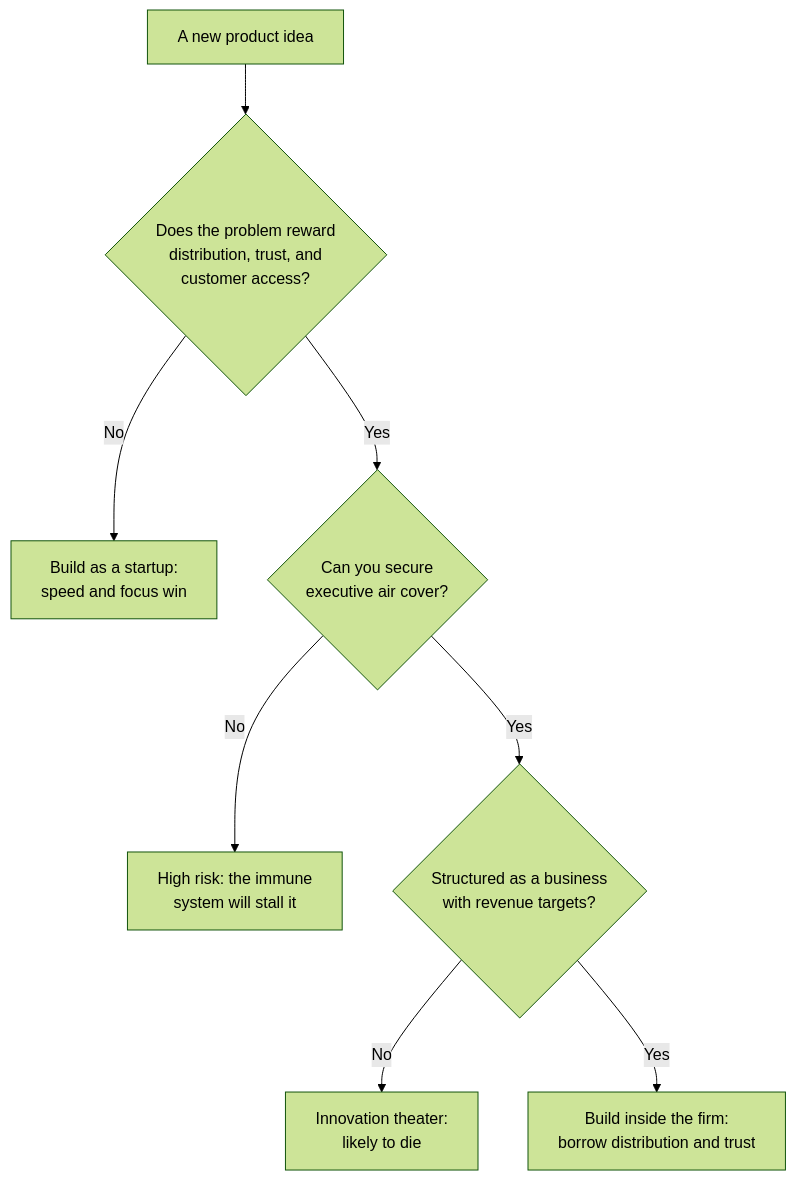
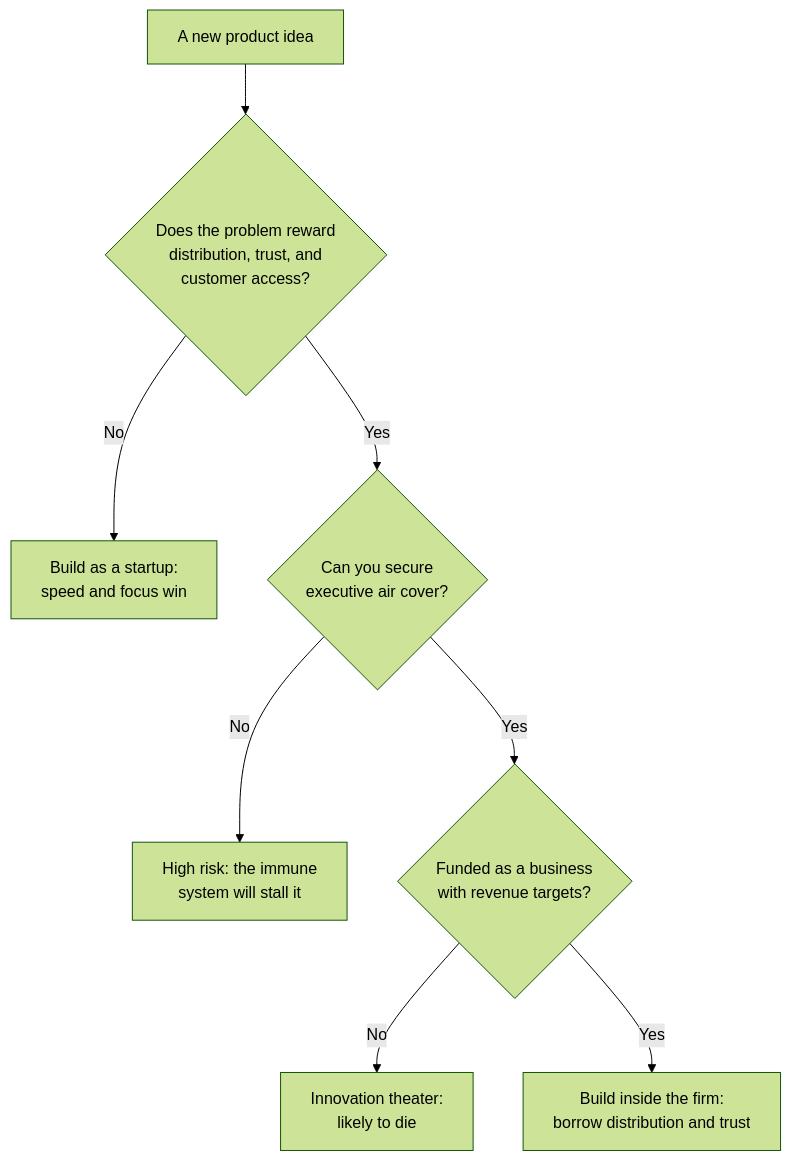
Before and after one commit to prasadus92/prasadus92.github.io: the third of 3 diagrams in src/content/blog/zero-to-one-bain.md, drawn with Mermaid (forest theme). The commit also changed other lines of this file and 7 other files, not shown here.

````diff
--- a/src/content/blog/zero-to-one-bain.md
+++ b/src/content/blog/zero-to-one-bain.md
@@ -193,10 +134,10 @@
 ```mermaid
 flowchart TD
     idea["A new product idea"] --> q1{"Does the problem reward<br/>distribution, trust, and<br/>customer access?"}
     q1 -->|"No"| startup["Build as a startup:<br/>speed and focus win"]
     q1 -->|"Yes"| q2{"Can you secure<br/>executive air cover?"}
     q2 -->|"No"| risky["High risk: the immune<br/>system will stall it"]
-    q2 -->|"Yes"| q3{"Structured as a business<br/>with revenue targets?"}
+    q2 -->|"Yes"| q3{"Funded as a business<br/>with revenue targets?"}
     q3 -->|"No"| theater["Innovation theater:<br/>likely to die"]
     q3 -->|"Yes"| corp["Build inside the firm:<br/>borrow distribution and trust"]
 ```
````
